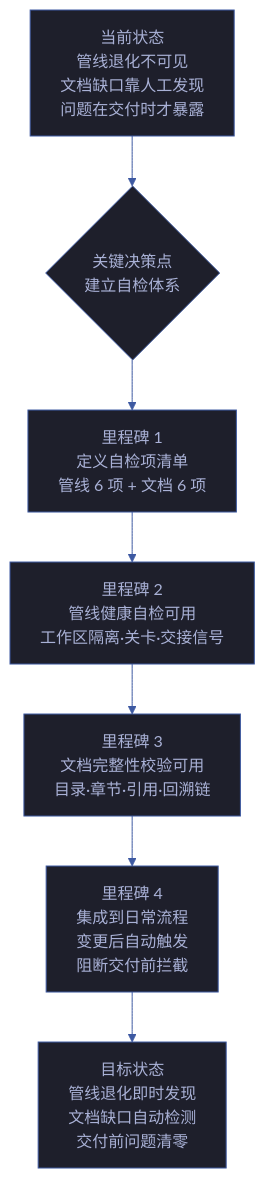
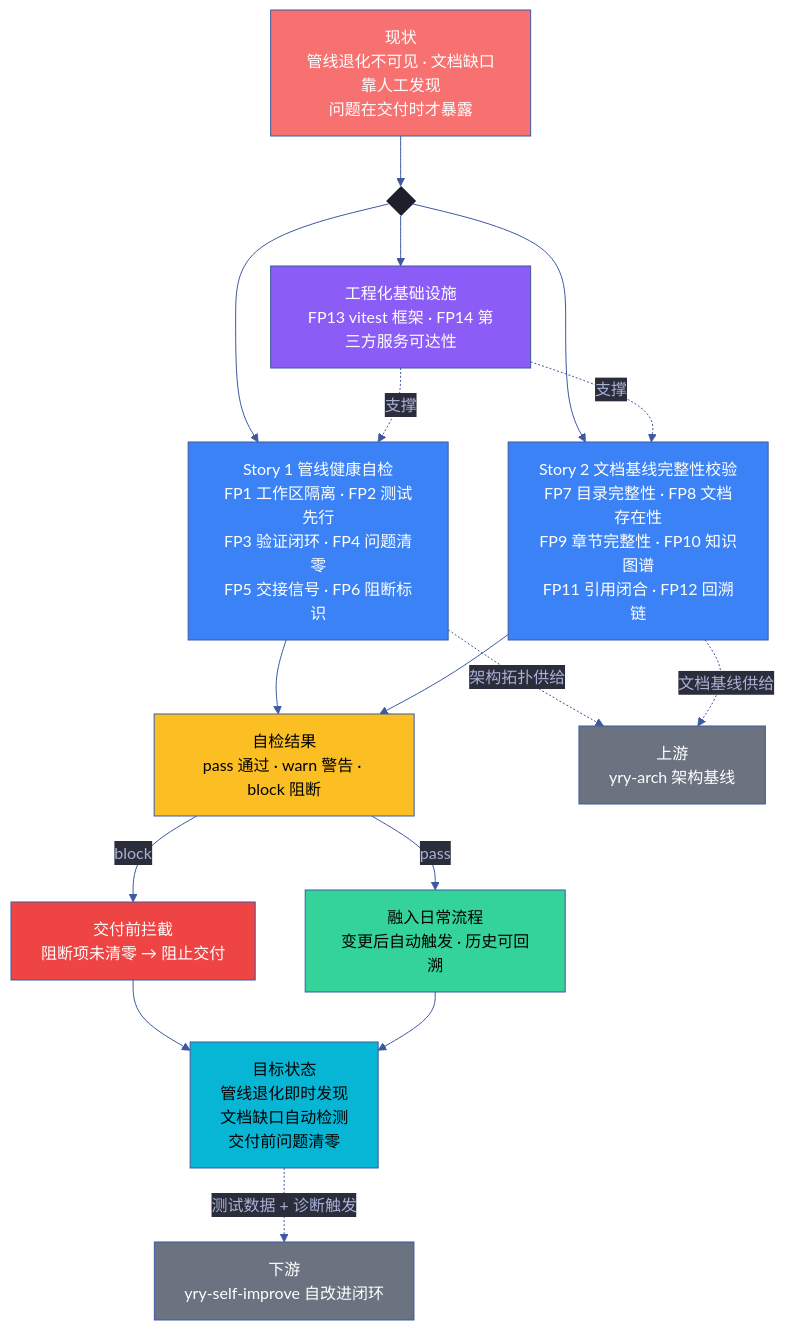
Before and after one commit to effiy/YrY: the first of 3 diagrams in docs/故事任务面板/yry-self-test/故事任务.md, drawn with Mermaid. The commit also changed other lines of this file and 341 other files, not shown here.

````diff
--- a/docs/故事任务面板/yry-self-test/故事任务.md
+++ b/docs/故事任务面板/yry-self-test/故事任务.md
@@ -42,17 +19,46 @@
 ```mermaid
 %%{init: {'theme': 'base', 'themeVariables': {
   'primaryColor': '#1e1f2b',
   'primaryTextColor': '#a9b1d6',
   'primaryBorderColor': '#3d59a1',
   'lineColor': '#3d59a1',
   'secondaryColor': '#2b2d3b',
   'tertiaryColor': '#21232f'
 }}}%%
 flowchart TD
-    NOW["当前状态\n管线退化不可见\n文档缺口靠人工发现\n问题在交付时才暴露"]:::pain --> GATE{"关键决策点\n建立自检体系"}
-    GATE --> M1["里程碑 1\n定义自检项清单\n管线 6 项 + 文档 6 项"]:::milestone
-    M1 --> M2["里程碑 2\n管线健康自检可用\n工作区隔离·关卡·交接信号"]:::milestone
-    M2 --> M3["里程碑 3\n文档完整性校验可用\n目录·章节·引用·回溯链"]:::milestone
-    M3 --> M4["里程碑 4\n集成到日常流程\n变更后自动触发\n阻断交付前拦截"]:::milestone
-    M4 --> GOAL["目标状态\n管线退化即时发现\n文档缺口自动检测\n交付前问题清零"]:::goal
+    NOW["现状\n管线退化不可见 · 文档缺口靠人工发现\n问题在交付时才暴露"]:::pain
+
+    NOW --> SPLIT{ }:::split
+
+    SPLIT --> S1["Story 1 管线健康自检\nFP1 工作区隔离 · FP2 测试先行\nFP3 验证闭环 · FP4 问题清零\nFP5 交接信号 · FP6 阻断标识"]:::story
+    SPLIT --> S2["Story 2 文档基线完整性校验\nFP7 目录完整性 · FP8 文档存在性\nFP9 章节完整性 · FP10 知识图谱\nFP11 引用闭合 · FP12 回溯链"]:::story
+
+    S1 --> RESULT["自检结果\npass 通过 · warn 警告 · block 阻断"]:::result
+    S2 --> RESULT
+
+    RESULT -->|"block"| GATE["交付前拦截\n阻断项未清零 → 阻止交付"]:::gate
+    RESULT -->|"pass"| FLOW["融入日常流程\n变更后自动触发 · 历史可回溯"]:::flow
+
+    S1 -.->|"架构拓扑供给"| UPSTREAM["上游\nyry-arch 架构基线"]:::upstream
+    S2 -.->|"文档基线供给"| UPSTREAM
+
+    GATE --> GOAL["目标状态\n管线退化即时发现\n文档缺口自动检测\n交付前问题清零"]:::goal
+    FLOW --> GOAL
+
+    SPLIT --> INFRA["工程化基础设施\nFP13 vitest 框架 · FP14 第三方服务可达性"]:::infra
+    INFRA -.->|"支撑"| S1
+    INFRA -.->|"支撑"| S2
+
+    GOAL -.->|"测试数据 + 诊断触发"| DOWNSTREAM["下游\nyry-self-improve 自改进闭环"]:::downstream
+
+    classDef pain fill:#f87171,color:#fff
+    classDef split fill:#1e1f2b,stroke:none,color:#1e1f2b
+    classDef story fill:#3B82F6,color:#fff
+    classDef result fill:#fbbf24,color:#000
+    classDef gate fill:#ef4444,color:#fff
+    classDef flow fill:#34d399,color:#000
+    classDef goal fill:#06b6d4,color:#000
+    classDef infra fill:#8B5CF6,color:#fff
+    classDef upstream fill:#6B7280,color:#fff
+    classDef downstream fill:#6B7280,color:#fff
 ```
````
